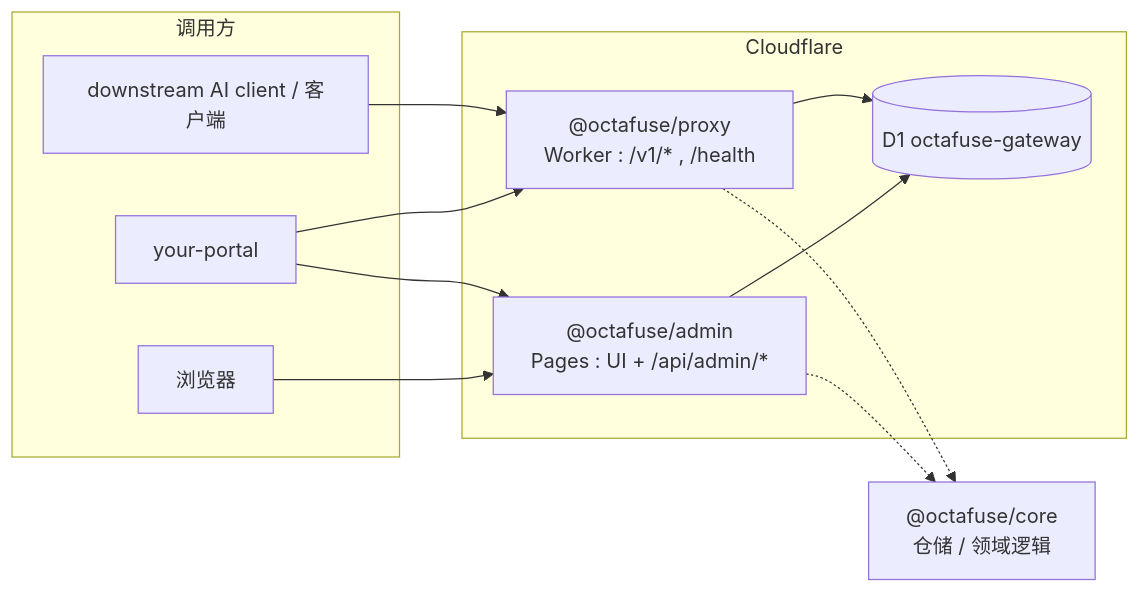
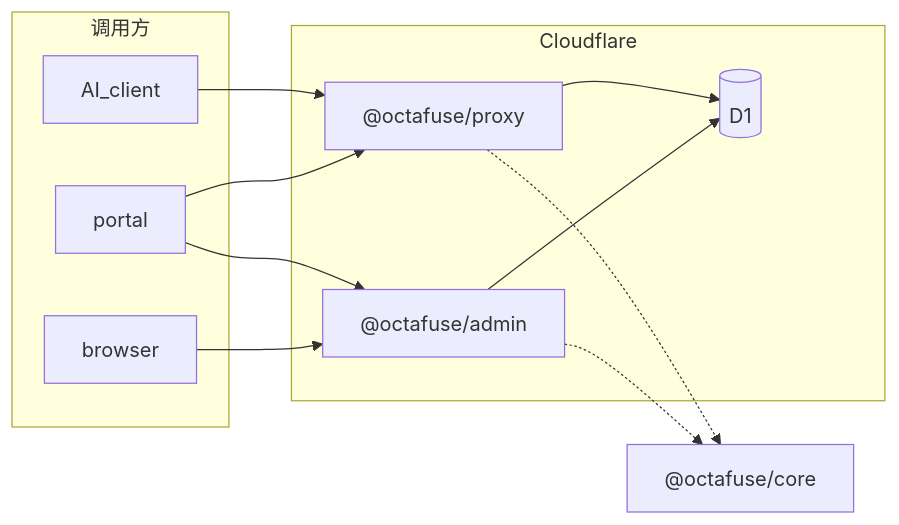
Before and after one commit to OctaFuse/octafuse-gateway: the diagram in docs/README.md, drawn with Mermaid. The commit also changed other lines of this file and 21 other files, not shown here.

````diff
--- a/docs/README.md
+++ b/docs/README.md
@@ -12,22 +19,22 @@
 ```mermaid
 flowchart LR
   subgraph clients [调用方]
-    Account[your-portal]
-    Desktop[downstream AI client / 客户端]
-    Browser[浏览器]
+    Portal[portal]
+    Client[AI_client]
+    Browser[browser]
   end
   subgraph cf [Cloudflare]
-    Proxy["@octafuse/proxy<br/>Worker : /v1/* , /health"]
-    Admin["@octafuse/admin<br/>Pages : UI + /api/admin/*"]
-    D1[(D1 octafuse-gateway)]
+    Proxy["@octafuse/proxy"]
+    Admin["@octafuse/admin"]
+    D1[(D1)]
   end
-  Core["@octafuse/core<br/>仓储 / 领域逻辑"]
+  Core["@octafuse/core"]
   Proxy --> D1
   Admin --> D1
   Proxy -.-> Core
   Admin -.-> Core
-  Desktop --> Proxy
-  Account --> Proxy
-  Account --> Admin
+  Client --> Proxy
+  Portal --> Proxy
+  Portal --> Admin
   Browser --> Admin
 ```
````
